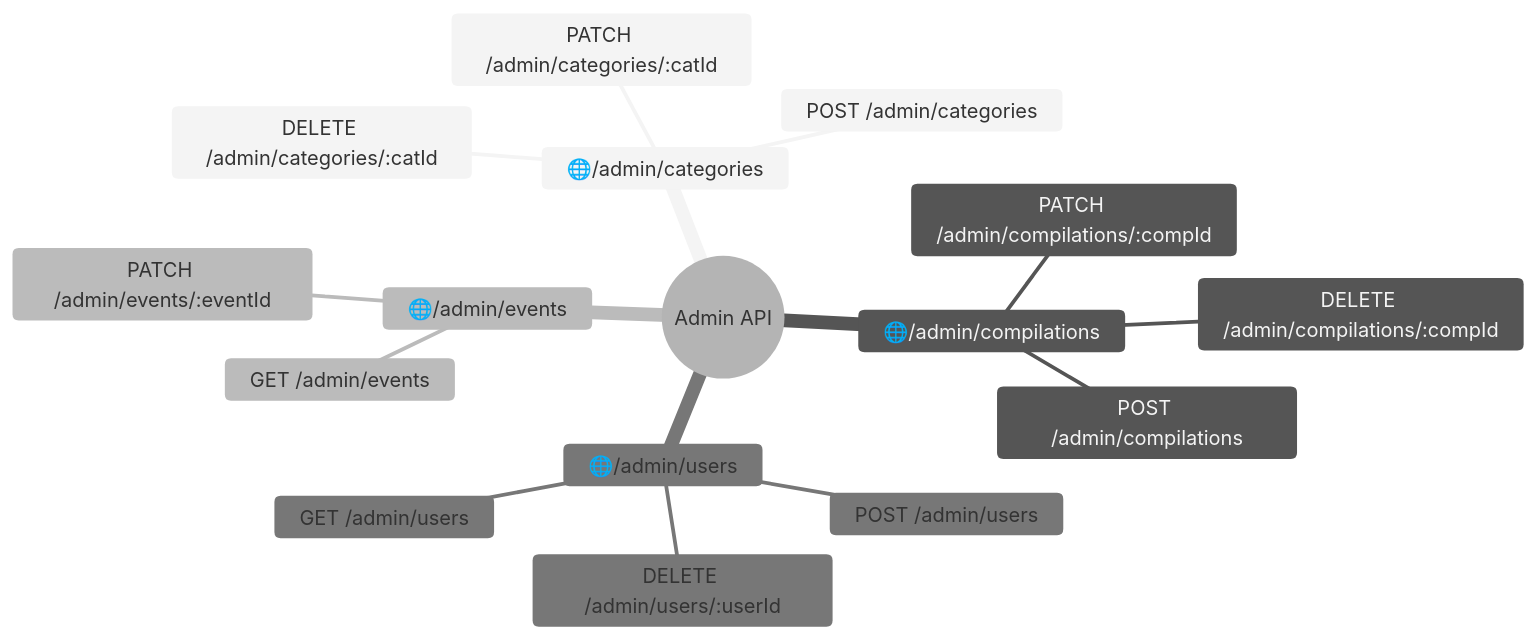
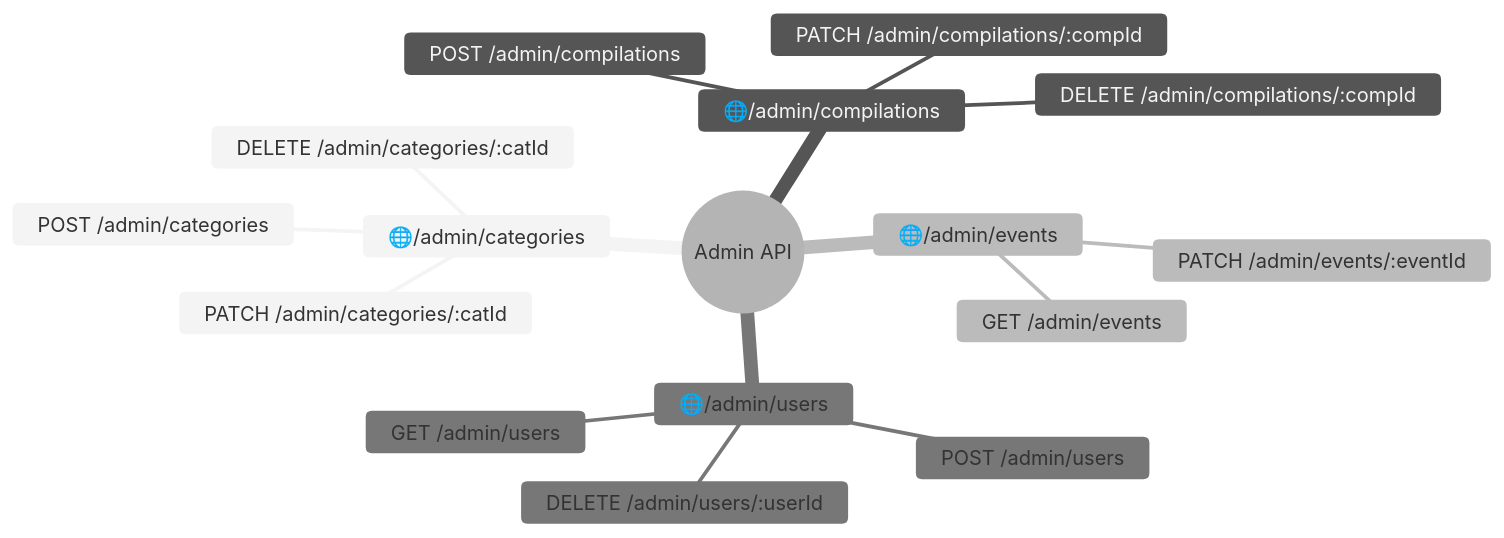
One commit to AleksOBM/java-explore-with-me-plus changed the third of 4 diagrams in readme.md. Above: the diagram before and after it, drawn with Mermaid (neutral theme).

Commit message:
Доработка readme.md

````diff
--- a/readme.md
+++ b/readme.md
@@ -80,19 +80,20 @@
 ```mermaid
+%%{init: { 'mindmap': { 'maxNodeWidth': 500 } }}%%
 mindmap
   root((Admin API))
       🌐/admin/categories
         DELETE /admin/categories/:catId
         PATCH /admin/categories/:catId
         POST /admin/categories
       🌐/admin/compilations
         DELETE /admin/compilations/:compId
         PATCH /admin/compilations/:compId
         POST /admin/compilations
       🌐/admin/events
         GET /admin/events
         PATCH /admin/events/:eventId
       🌐/admin/users
         DELETE /admin/users/:userId
         GET /admin/users
         POST /admin/users
 ```
````
